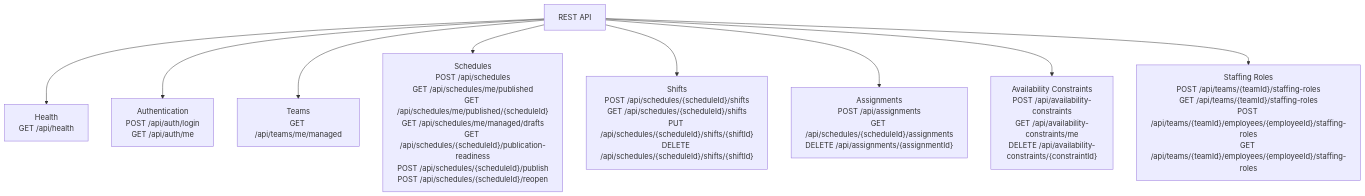
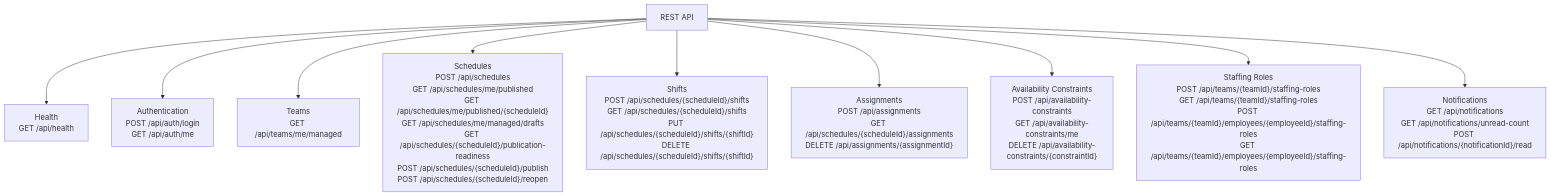
The fifth of 15 diagrams in docs/current-backend-architecture.md (HiliMor/shift-management-system), drawn with Mermaid before and after one commit. The commit also changed other lines of this file and 11 other files, not shown here.

````diff
--- a/docs/current-backend-architecture.md
+++ b/docs/current-backend-architecture.md
@@ -230,22 +262,24 @@
 ```mermaid
 flowchart TD
     api["REST API"]
 
     healthApi["Health<br/>GET /api/health"]
     authApi["Authentication<br/>POST /api/auth/login<br/>GET /api/auth/me"]
     teamsApi["Teams<br/>GET /api/teams/me/managed"]
     schedulesApi["Schedules<br/>POST /api/schedules<br/>GET /api/schedules/me/published<br/>GET /api/schedules/me/published/{scheduleId}<br/>GET /api/schedules/me/managed/drafts<br/>GET /api/schedules/{scheduleId}/publication-readiness<br/>POST /api/schedules/{scheduleId}/publish<br/>POST /api/schedules/{scheduleId}/reopen"]
     shiftsApi["Shifts<br/>POST /api/schedules/{scheduleId}/shifts<br/>GET /api/schedules/{scheduleId}/shifts<br/>PUT /api/schedules/{scheduleId}/shifts/{shiftId}<br/>DELETE /api/schedules/{scheduleId}/shifts/{shiftId}"]
     assignmentsApi["Assignments<br/>POST /api/assignments<br/>GET /api/schedules/{scheduleId}/assignments<br/>DELETE /api/assignments/{assignmentId}"]
     availabilityApi["Availability Constraints<br/>POST /api/availability-constraints<br/>GET /api/availability-constraints/me<br/>DELETE /api/availability-constraints/{constraintId}"]
     staffingApi["Staffing Roles<br/>POST /api/teams/{teamId}/staffing-roles<br/>GET /api/teams/{teamId}/staffing-roles<br/>POST /api/teams/{teamId}/employees/{employeeId}/staffing-roles<br/>GET /api/teams/{teamId}/employees/{employeeId}/staffing-roles"]
+    notificationApi["Notifications<br/>GET /api/notifications<br/>GET /api/notifications/unread-count<br/>POST /api/notifications/{notificationId}/read"]
 
     api --> healthApi
     api --> authApi
     api --> teamsApi
     api --> schedulesApi
     api --> shiftsApi
     api --> assignmentsApi
     api --> availabilityApi
     api --> staffingApi
+    api --> notificationApi
 ```
````
